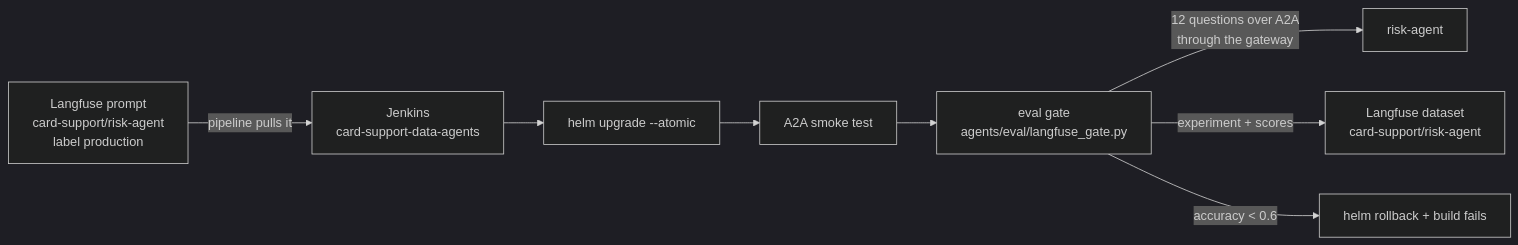
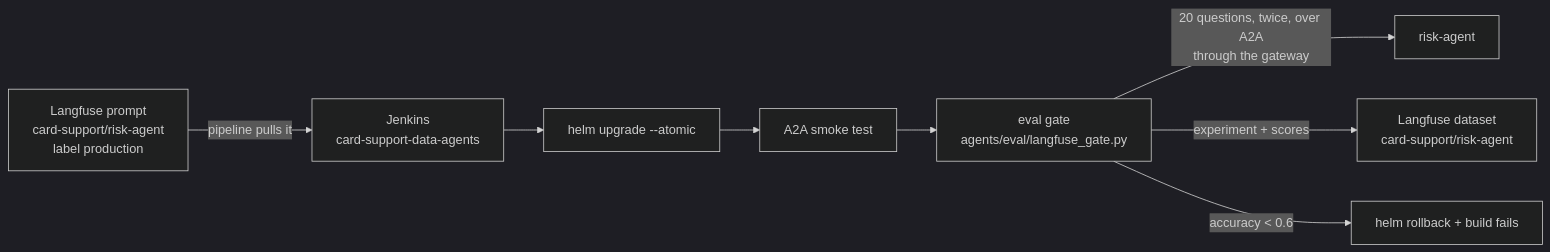
The diagram in docs/novel_eval_gate.md (cvinhnguyen/card-fraud-platform), drawn with Mermaid (dark theme) before and after one commit. The commit also changed other lines of this file and 60 other files, not shown here.

First line of the commit message:
Document Layer 3 with screenshots and redraw the diagrams

````diff
--- a/docs/novel_eval_gate.md
+++ b/docs/novel_eval_gate.md
@@ -13,8 +13,8 @@
 ```mermaid
 flowchart LR
     lf["Langfuse prompt<br/>card-support/risk-agent<br/>label production"] -->|"pipeline pulls it"| j["Jenkins<br/>card-support-data-agents"]
     j --> d["helm upgrade --atomic"] --> s["A2A smoke test"] --> g["eval gate<br/>agents/eval/langfuse_gate.py"]
-    g -->|"12 questions over A2A<br/>through the gateway"| ra["risk-agent"]
+    g -->|"20 questions, twice, over A2A<br/>through the gateway"| ra["risk-agent"]
     g -->|"experiment + scores"| ex["Langfuse dataset<br/>card-support/risk-agent"]
     g -->|"accuracy < 0.6"| rb["helm rollback + build fails"]
 ```
````
